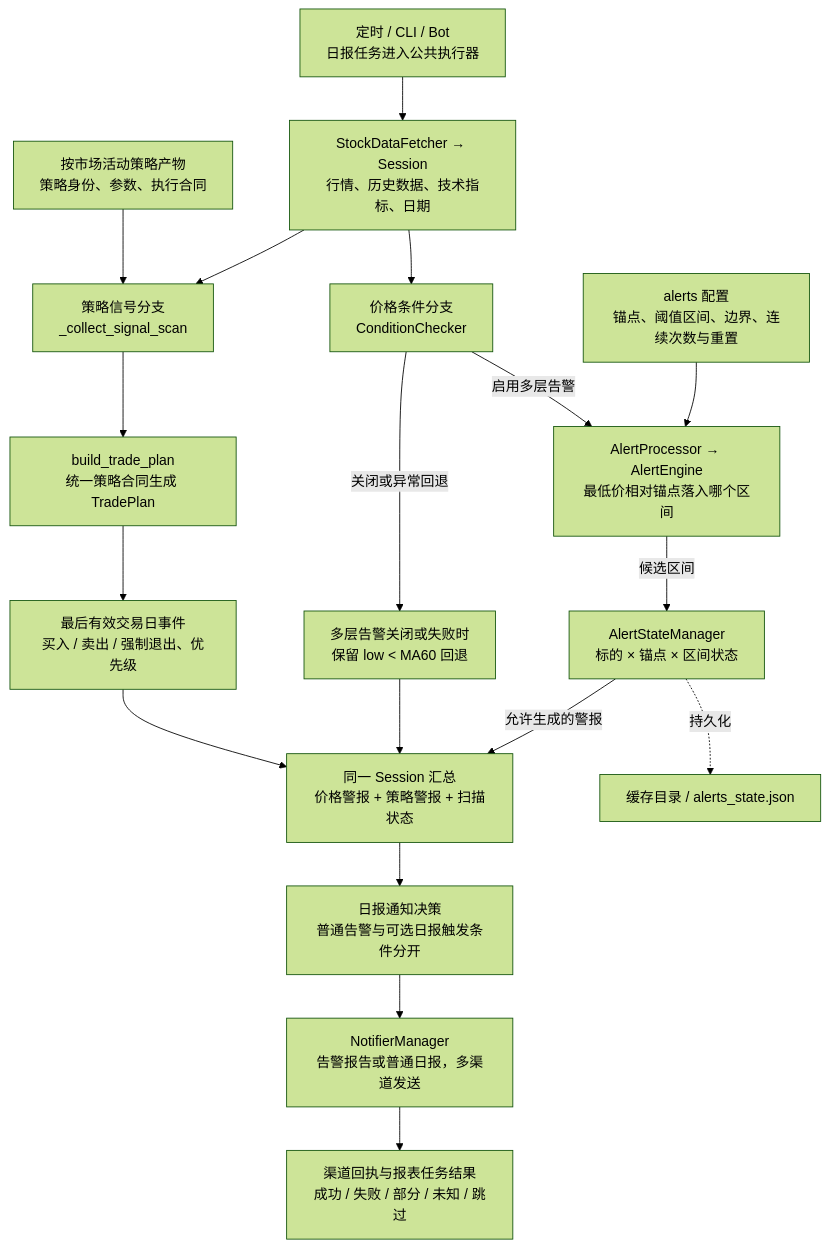
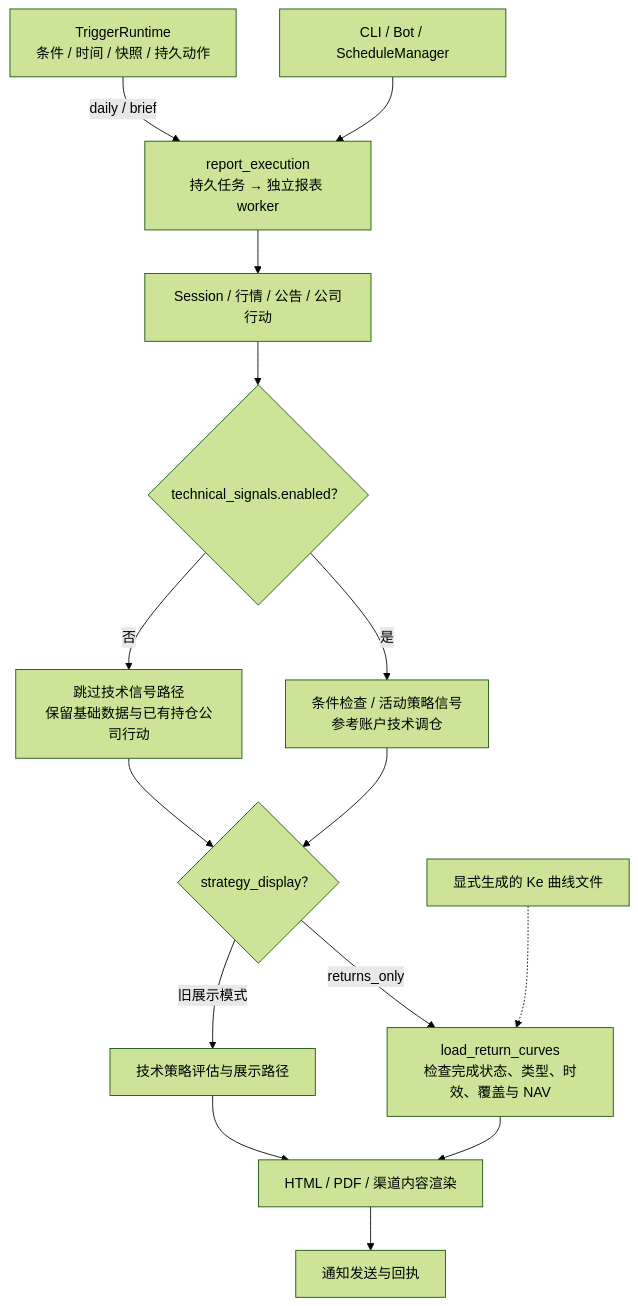
The fourth of 7 diagrams in docs/architecture_overview.md (Saltflow/trade_eyes_keeper), drawn with Mermaid (forest theme) before and after one commit. The commit also changed other lines of this file, not shown here.

Commit message:
docs: update architecture diagrams and production boundaries (20261103 架构总览)

````diff
--- a/docs/architecture_overview.md
+++ b/docs/architecture_overview.md
@@ -248,32 +141,17 @@
 ```mermaid
 flowchart TB
-    TRIGGER["定时 / CLI / Bot<br/>日报任务进入公共执行器"]
-    DATA["StockDataFetcher → Session<br/>行情、历史数据、技术指标、日期"]
-    PRICE["价格条件分支<br/>ConditionChecker"]
-    RULES["alerts 配置<br/>锚点、阈值区间、边界、连续次数与重置"]
-    ENGINE["AlertProcessor → AlertEngine<br/>最低价相对锚点落入哪个区间"]
-    RULESTATE["AlertStateManager<br/>标的 × 锚点 × 区间状态"]
-    SINGLE["多层告警关闭或失败时<br/>保留 low < MA60 回退"]
-    ACTIVE["按市场活动策略产物<br/>策略身份、参数、执行合同"]
-    SIGNAL["策略信号分支<br/>_collect_signal_scan"]
-    PLAN["build_trade_plan<br/>统一策略合同生成 TradePlan"]
-    TODAY["最后有效交易日事件<br/>买入 / 卖出 / 强制退出、优先级"]
-    SESSION["同一 Session 汇总<br/>价格警报 + 策略警报 + 扫描状态"]
-    DECIDE["日报通知决策<br/>普通告警与可选日报触发条件分开"]
-    NOTIFY["NotifierManager<br/>告警报告或普通日报，多渠道发送"]
-    RECEIPT["渠道回执与报表任务结果<br/>成功 / 失败 / 部分 / 未知 / 跳过"]
-
-    TRIGGER --> DATA
-    DATA --> PRICE
-    RULES --> ENGINE
-    PRICE -->|启用多层告警| ENGINE
-    ENGINE -->|候选区间| RULESTATE
-    RULESTATE -->|允许生成的警报| SESSION
-    PRICE -->|关闭或异常回退| SINGLE
-    SINGLE --> SESSION
-    DATA --> SIGNAL
-    ACTIVE --> SIGNAL
-    SIGNAL --> PLAN --> TODAY --> SESSION
-    SESSION --> DECIDE --> NOTIFY --> RECEIPT
-    RULESTATE -.持久化.-> STATEFILE["缓存目录 / alerts_state.json"]
+    ENTRY["CLI / Bot / ScheduleManager"] --> REPORTS["report_execution<br/>持久任务 → 独立报表 worker"]
+    TRIGGER["TriggerRuntime<br/>条件 / 时间 / 快照 / 持久动作"] -->|daily / brief| REPORTS
+    REPORTS --> SESSION["Session / 行情 / 公告 / 公司行动"]
+    SESSION --> TECH{"technical_signals.enabled？"}
+    TECH -->|是| SIGNAL["条件检查 / 活动策略信号<br/>参考账户技术调仓"]
+    TECH -->|否| BASE["跳过技术信号路径<br/>保留基础数据与已有持仓公司行动"]
+    SIGNAL --> DISPLAY{"strategy_display？"}
+    BASE --> DISPLAY
+    DISPLAY -->|returns_only| KE["load_return_curves<br/>检查完成状态、类型、时效、覆盖与 NAV"]
+    FILE["显式生成的 Ke 曲线文件"] -.-> KE
+    DISPLAY -->|旧展示模式| LEGACY["技术策略评估与展示路径"]
+    KE --> RENDER["HTML / PDF / 渠道内容渲染"]
+    LEGACY --> RENDER
+    RENDER --> DELIVERY["通知发送与回执"]
 ```
````
